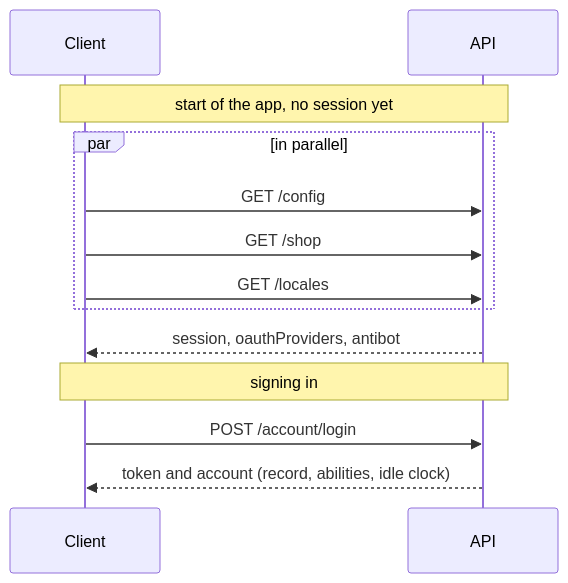
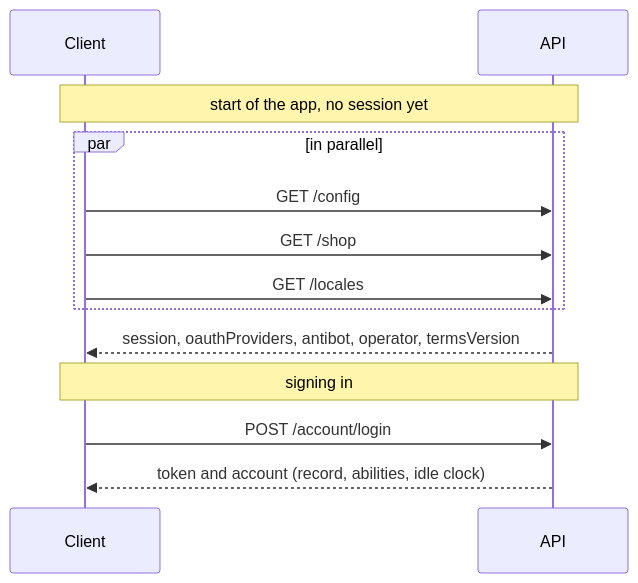
The diagram in docs/api/config.md (Guebbit/boilerplate-node-backend), drawn with Mermaid before and after one commit. The commit also changed other lines of this file and 41 other files, not shown here.

````diff
--- a/docs/api/config.md
+++ b/docs/api/config.md
@@ -22,15 +25,15 @@
 ```mermaid
 sequenceDiagram
     participant C as Client
     participant A as API
     Note over C,A: start of the app, no session yet
     par in parallel
         C->>A: GET /config
         C->>A: GET /shop
         C->>A: GET /locales
     end
-    A-->>C: session, oauthProviders, antibot
+    A-->>C: session, oauthProviders, antibot, operator, termsVersion
     Note over C,A: signing in
     C->>A: POST /account/login
     A-->>C: token and account (record, abilities, idle clock)
 ```
````
